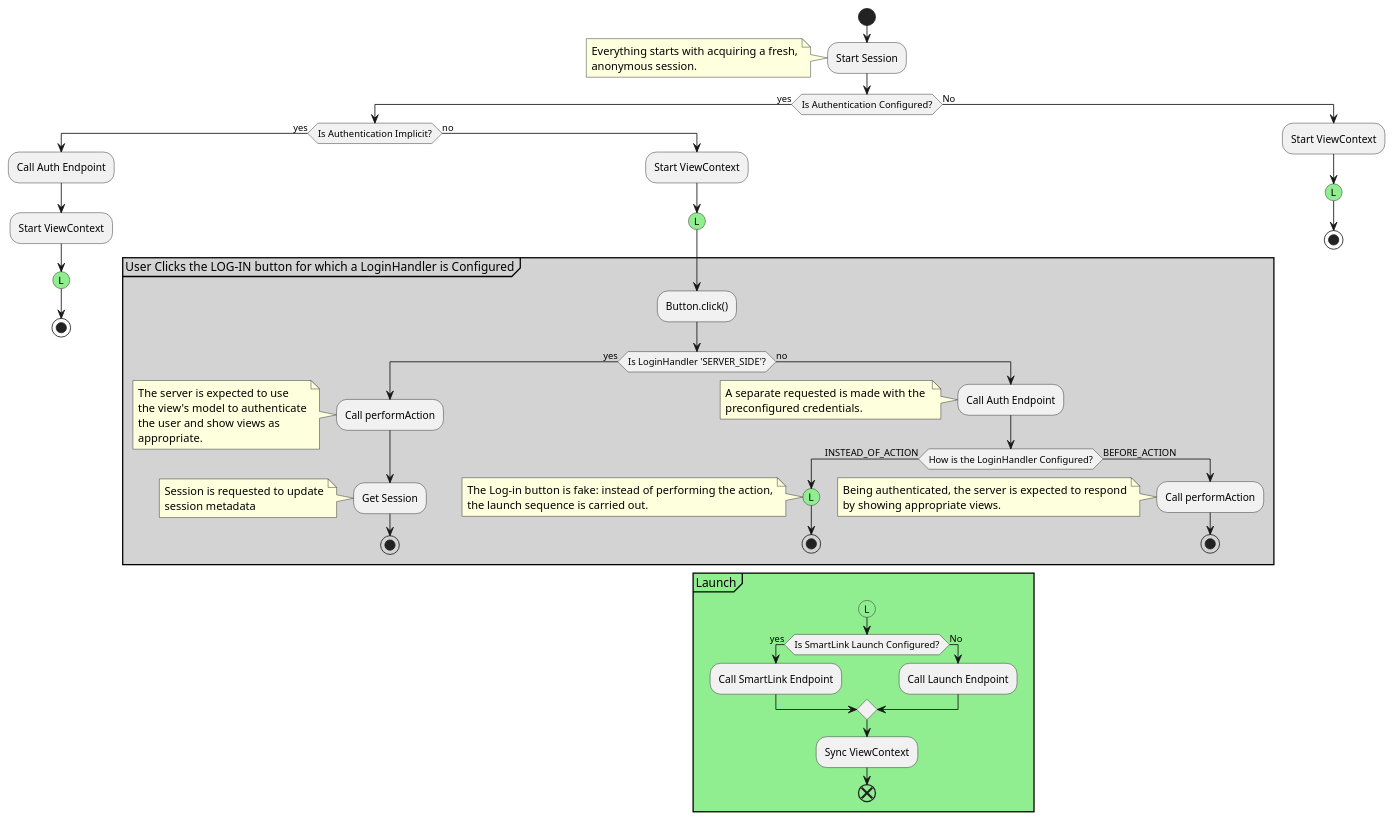
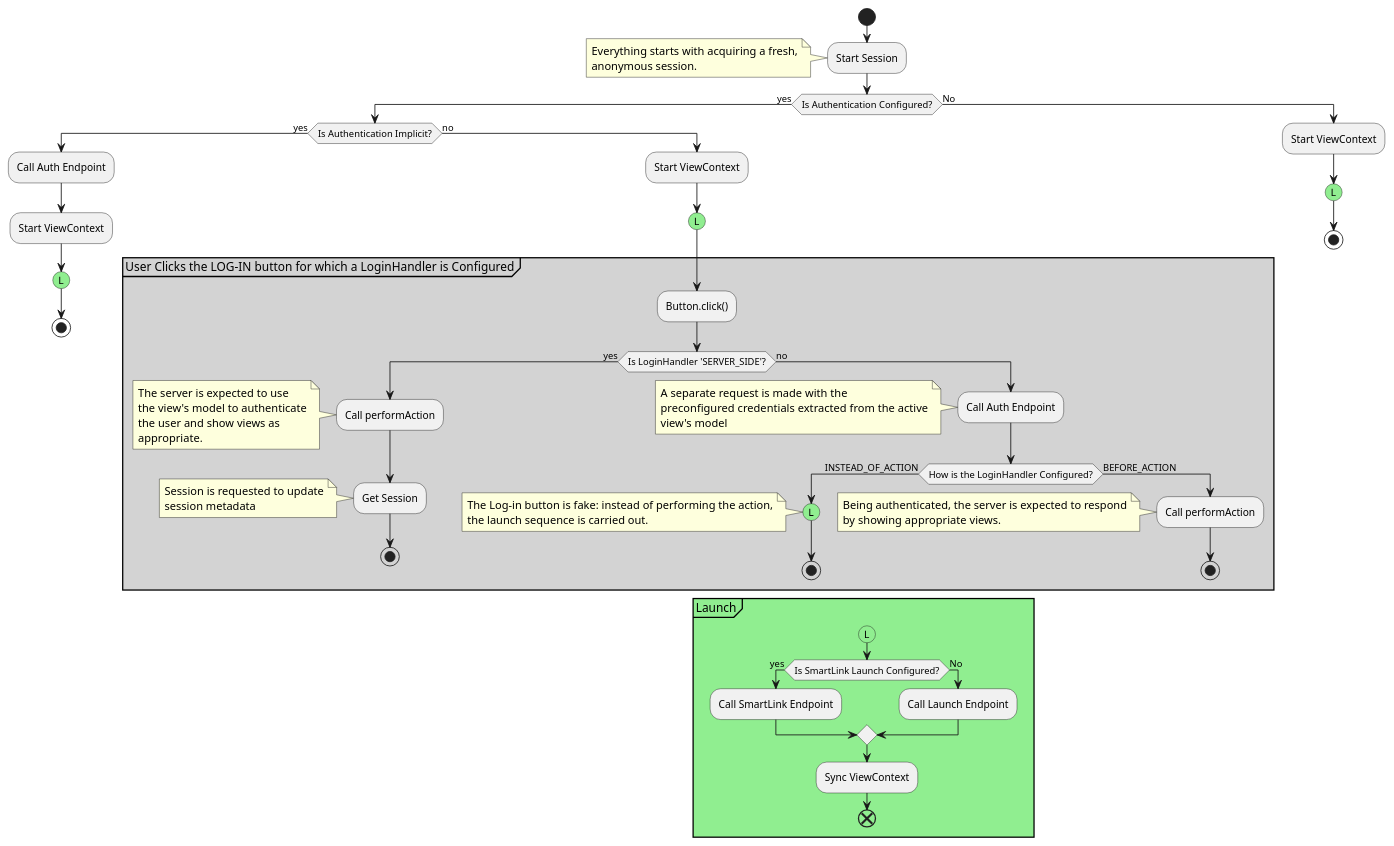
The diagram in spec/bootstrap.puml (aestallon/smartbit4all-mock-client), drawn with PlantUML before and after one commit. The commit also changed 3 other files, not shown here.

```diff
--- a/spec/bootstrap.puml
+++ b/spec/bootstrap.puml
@@ -1,77 +1,78 @@
 @startuml
 'https://plantuml.com/activity-diagram-beta
 
 start
 :Start Session;
 note
   Everything starts with acquiring a fresh,
   anonymous session.
 end note
 if (Is Authentication Configured?) is (yes) then
   if (Is Authentication Implicit?) is (yes) then
     :Call Auth Endpoint;
     :Start ViewContext;
     #lightgreen:(L)
     stop
   else (no)
     :Start ViewContext;
     #lightgreen:(L)
     partition #lightgrey;line.dashed "User Clicks the LOG-IN button for which a LoginHandler is Configured" {
       :Button.click();
       if (Is LoginHandler 'SERVER_SIDE'?) is (yes) then
         :Call performAction;
         note
           The server is expected to use
           the view's model to authenticate
           the user and show views as
           appropriate.
         end note
         :Get Session;
         note
           Session is requested to update
           session metadata
         end note
         stop
       else (no)
         :Call Auth Endpoint;
         note
-          A separate requested is made with the 
-          preconfigured credentials.
+          A separate request is made with the 
+          preconfigured credentials extracted from the active
+          view's model
         end note
         if (How is the LoginHandler Configured?) is (INSTEAD_OF_ACTION) then
           #lightgreen:(L)
           note
             The Log-in button is fake: instead of performing the action,
             the launch sequence is carried out.
           end note
           stop
         else (BEFORE_ACTION)
           :Call performAction;
           note
             Being authenticated, the server is expected to respond
             by showing appropriate views.
           end note
           stop
         endif
       endif
     }
   endif
 else (No)
   :Start ViewContext;
   #lightgreen:(L)
   stop
 endif
 
 
 partition #lightgreen Launch {
   #lightgreen:(L)
   if (Is SmartLink Launch Configured?) is (yes) then
     :Call SmartLink Endpoint;
   else (No)
     :Call Launch Endpoint;
   endif
   :Sync ViewContext;
   end
 }
 
 @enduml
```
